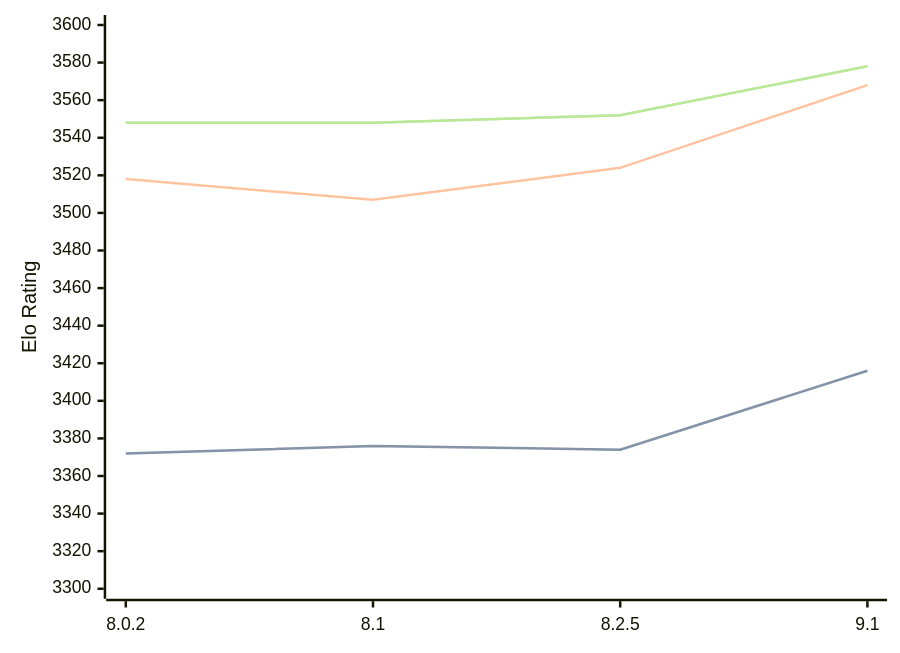
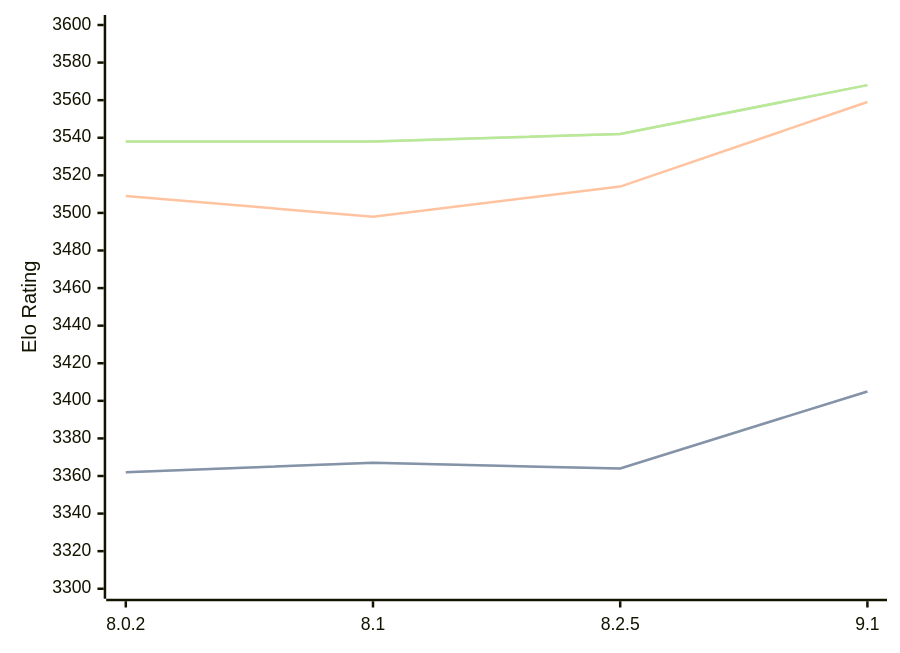
Before and after one commit to computer-chess-index/cci: the diagram in engines/Clover.md, drawn with Mermaid. The commit also changed other lines of this file, not shown here.

Commit message:
Update CCI Ratings (ELO VLTC) - 2026-03-19

````diff
--- a/engines/Clover.md
+++ b/engines/Clover.md
@@ -62,11 +62,11 @@
 ```mermaid
 %%{init: {"theme":"base","themeVariables":{"seriesColors:['#a3a3a3','#222221','#faa371']}}}%%
 xychart-beta
   x-axis ["8.0.2", "8.1", "8.2.5", "9.1"]
   y-axis "Elo Rating" 3300 --> 3600
-  line "STC (8.0+0.08s)" [3372, 3376, 3374, 3416]
-  line "STC (8.0+0.08s)" [3372, 3376, 3374, 3416]
-  line "LTC (60.0+0.60s)" [3518, 3507, 3524, 3568]
-  line "VLTC (2m24s+1.12s)" [3548, 3548, 3552, 3578]
-  line "VLTC (2m24s+1.12s)" [3548, 3548, 3552, 3578]
+  line "STC (8.0+0.08s)" [3362, 3367, 3364, 3405]
+  line "STC (8.0+0.08s)" [3362, 3367, 3364, 3405]
+  line "LTC (60.0+0.60s)" [3509, 3498, 3514, 3559]
+  line "VLTC (2m24s+1.12s)" [3538, 3538, 3542, 3568]
+  line "VLTC (2m24s+1.12s)" [3538, 3538, 3542, 3568]
 ```
````
